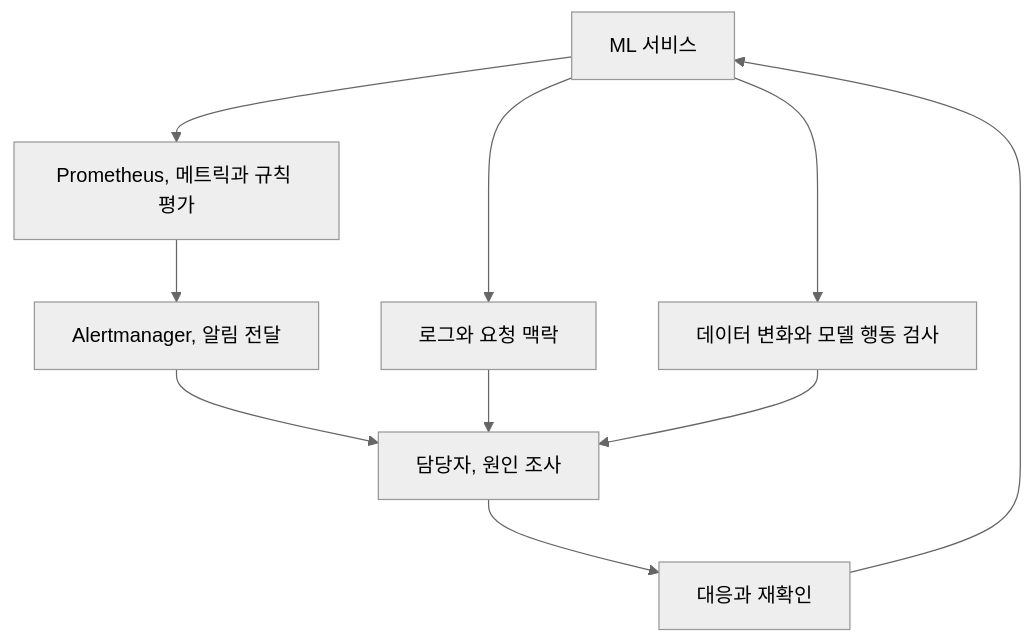
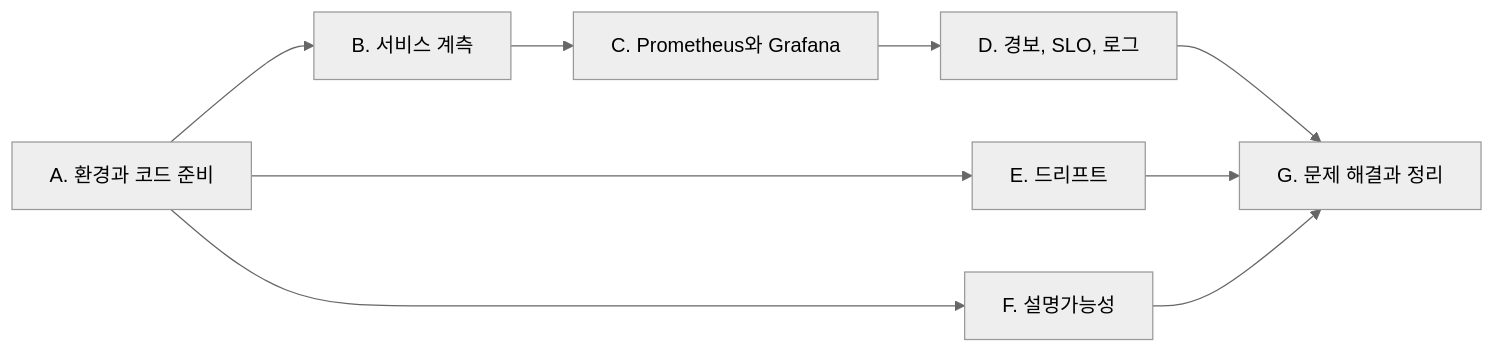
One commit to johklo/johklo.github.io changed the third of 3 diagrams in content/docs/tech/machine-learning-platform-engineering/11-monitoring-and-explainability.md. Above: the diagram before and after it, drawn with Mermaid (neutral theme). The commit also changed other lines of this file and 15 other files, not shown here.

````diff
--- a/content/docs/tech/machine-learning-platform-engineering/11-monitoring-and-explainability.md
+++ b/content/docs/tech/machine-learning-platform-engineering/11-monitoring-and-explainability.md
@@ -39,14 +290,13 @@
 ```mermaid
-flowchart TD
-    accTitle: 메트릭과 로그를 사람의 대응으로 연결하기
-    accDescr: 서비스 메트릭은 Prometheus 규칙과 Alertmanager를 거쳐 담당자에게 전달된다. 로그, 데이터, 모델 검사로 원인을 좁히고 대응 후 다시 관측한다.
-    S["ML 서비스"] --> P["Prometheus, 메트릭과 규칙 평가"]
-    P --> A["Alertmanager, 알림 전달"]
-    A --> H["담당자, 원인 조사"]
-    S --> L["로그와 요청 맥락"]
-    L --> H
-    S --> Q["데이터 변화와 모델 행동 검사"]
-    Q --> H
-    H --> R["대응과 재확인"]
-    R --> S
+flowchart LR
+    accTitle: 11장 실습 순서
+    accDescr: 환경과 저자 코드를 준비한 뒤 탐지 서비스와 추천 서비스에 지표를 붙여 띄운다. Prometheus와 Grafana로 지표를 모아 보고, 경보 규칙과 Alertmanager를 붙여 흐림, 지연, 오류, 중단 장애를 차례로 일으킨다. 서비스와 별개로 이미지와 평점의 드리프트를 재고, Eigen-CAM과 EMF로 설명을 만든 뒤 정리한다.
+    A["A. 환경과 코드 준비"] --> B["B. 서비스 계측"]
+    B --> C["C. Prometheus와 Grafana"]
+    C --> D["D. 경보, SLO, 로그"]
+    A --> E["E. 드리프트"]
+    A --> F["F. 설명가능성"]
+    D --> G["G. 문제 해결과 정리"]
+    E --> G
+    F --> G
 ```
````
